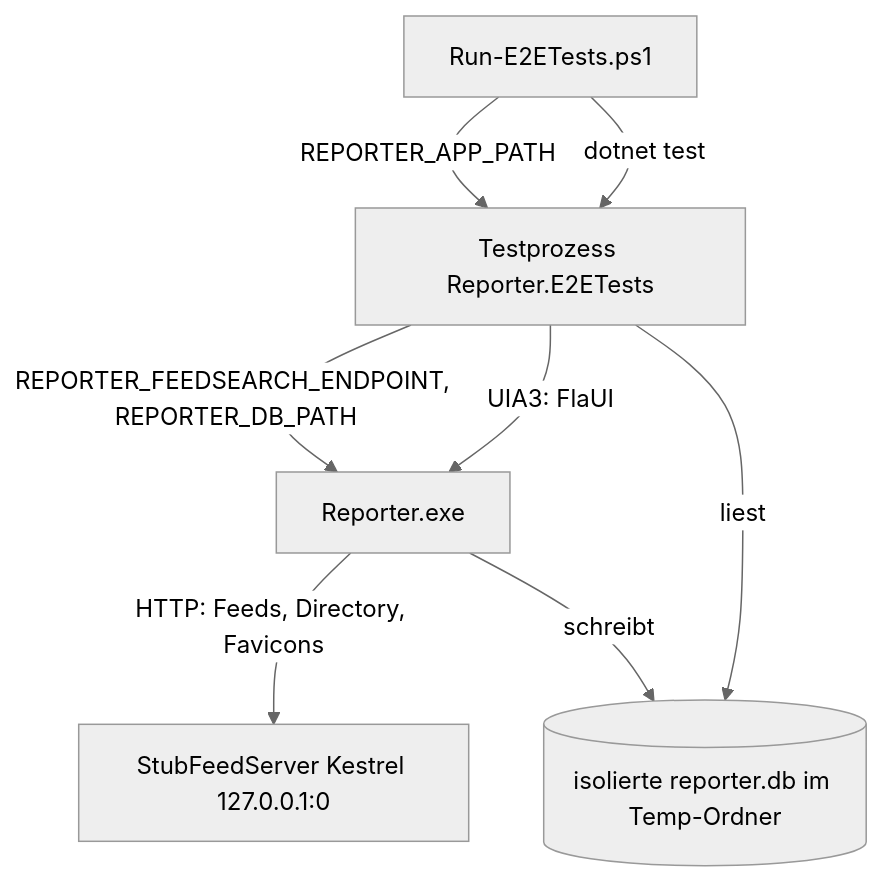
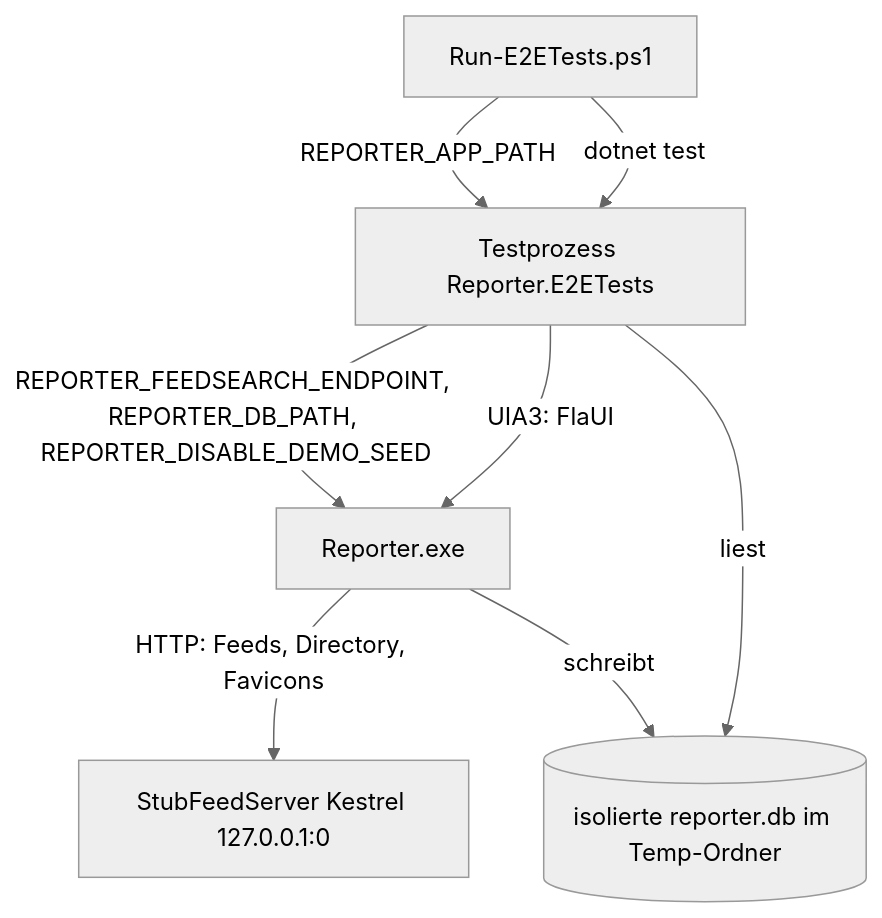
Before and after one commit to martin-stromberg/Reporter: the diagram in docs/help/tests/architektur.md, drawn with Mermaid (neutral theme). The commit also changed other lines of this file and 37 other files, not shown here.

````diff
--- a/docs/help/tests/architektur.md
+++ b/docs/help/tests/architektur.md
@@ -40,10 +41,10 @@
 ```mermaid
 graph TD
     S[Run-E2ETests.ps1] -->|dotnet test| T[Testprozess Reporter.E2ETests]
     T -->|UIA3: FlaUI| A[Reporter.exe]
     T -->|liest| DB[(isolierte reporter.db im Temp-Ordner)]
     A -->|HTTP: Feeds, Directory, Favicons| K[StubFeedServer Kestrel 127.0.0.1:0]
     A -->|schreibt| DB
     S -->|REPORTER_APP_PATH| T
-    T -->|REPORTER_FEEDSEARCH_ENDPOINT, REPORTER_DB_PATH| A
+    T -->|REPORTER_FEEDSEARCH_ENDPOINT, REPORTER_DB_PATH, REPORTER_DISABLE_DEMO_SEED| A
 ```
````
